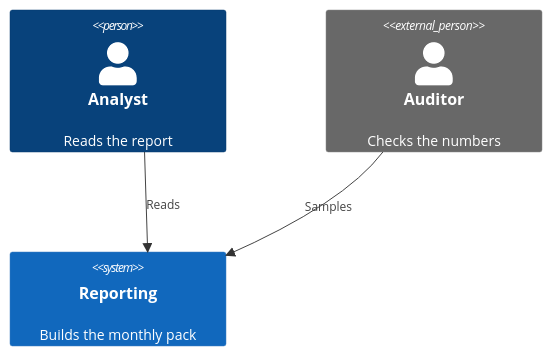
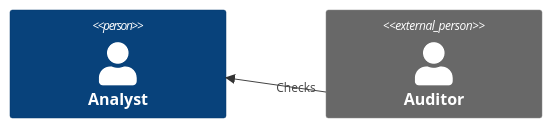
One commit to Laticent/lattice changed the second of 5 diagrams in examples/mermaid-11-17.md. Above: the diagram before and after it, drawn with Mermaid. The commit also changed other lines of this file and 4 other files, not shown here.

First line of the commit message:
fix(mermaid): C4 relationship labels sit on their line's midpoint, and the demo deck reads at size

````diff
--- a/examples/mermaid-11-17.md
+++ b/examples/mermaid-11-17.md
@@ -37,8 +35,6 @@
 ```mermaid
 C4Context
-  Person(analyst, "Analyst", "Reads the report")
-  Person_Ext(auditor, "Auditor", "Checks the numbers")
-  System(reports, "Reporting", "Builds the monthly pack")
-  Rel(analyst, reports, "Reads")
-  Rel(auditor, reports, "Samples")
+  Person(analyst, "Analyst")
+  Person_Ext(auditor, "Auditor")
+  Rel(auditor, analyst, "Checks")
 ```
````
